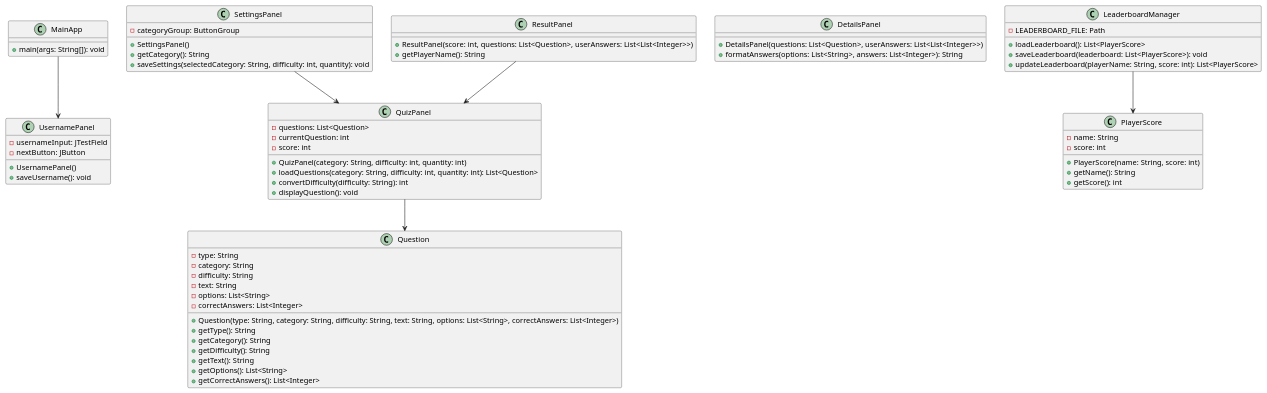
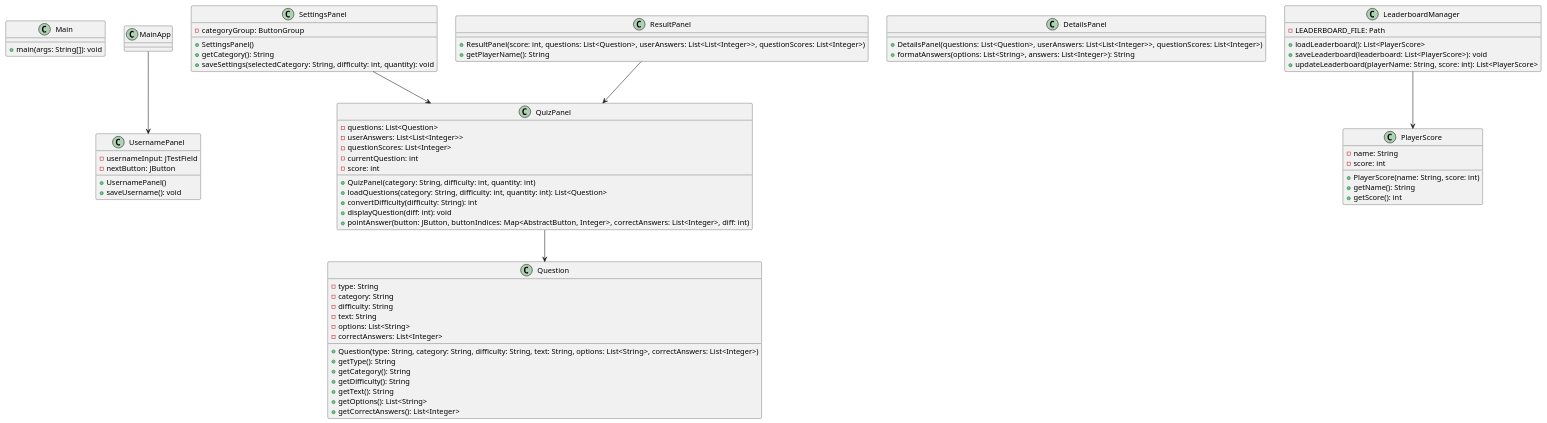
The diagram in 7_Allegati/Diagramma delle classi/Diagramma.wsd (leonardoSciara/Quiz_Game), drawn with PlantUML before and after one commit. The commit also changed 17 other files, not shown here.

```diff
--- a/7_Allegati/Diagramma delle classi/Diagramma.wsd
+++ b/7_Allegati/Diagramma delle classi/Diagramma.wsd
@@ -1,84 +1,87 @@
 @startuml
 
-class MainApp {
+class Main {
     + main(args: String[]): void
 }
 
 class UsernamePanel {
     - usernameInput: JTestField
     - nextButton: JButton
 
     + UsernamePanel()
     + saveUsername(): void
 }
 
 class SettingsPanel {
     - categoryGroup: ButtonGroup
 
     + SettingsPanel()
     + getCategory(): String
     + saveSettings(selectedCategory: String, difficulty: int, quantity): void
 }
 
 class ResultPanel {
-    + ResultPanel(score: int, questions: List<Question>, userAnswers: List<List<Integer>>)
+    + ResultPanel(score: int, questions: List<Question>, userAnswers: List<List<Integer>>, questionScores: List<Integer>)
     + getPlayerName(): String
 }
 
 class QuizPanel {
     - questions: List<Question>
+    - userAnswers: List<List<Integer>>
+    - questionScores: List<Integer>
     - currentQuestion: int
     - score: int
 
     + QuizPanel(category: String, difficulty: int, quantity: int)
     + loadQuestions(category: String, difficulty: int, quantity: int): List<Question>
     + convertDifficulty(difficulty: String): int
-    + displayQuestion(): void
+    + displayQuestion(diff: int): void
+    + pointAnswer(button: JButton, buttonIndices: Map<AbstractButton, Integer>, correctAnswers: List<Integer>, diff: int)
 }
 
 class DetailsPanel {
-    + DetailsPanel(questions: List<Question>, userAnswers: List<List<Integer>>)
+    + DetailsPanel(questions: List<Question>, userAnswers: List<List<Integer>>, questionScores: List<Integer>)
     + formatAnswers(options: List<String>, answers: List<Integer>): String
 }
 
 class LeaderboardManager{
     - LEADERBOARD_FILE: Path
 
     + loadLeaderboard(): List<PlayerScore>
     + saveLeaderboard(leaderboard: List<PlayerScore>): void
     + updateLeaderboard(playerName: String, score: int): List<PlayerScore>
 }
 
 class PlayerScore {
     - name: String
     - score: int
 
     + PlayerScore(name: String, score: int)
     + getName(): String
     + getScore(): int
 }
 
 class Question {
     - type: String
     - category: String
     - difficulty: String
     - text: String
     - options: List<String>
     - correctAnswers: List<Integer>
 
     + Question(type: String, category: String, difficulty: String, text: String, options: List<String>, correctAnswers: List<Integer>)
     + getType(): String       
     + getCategory(): String   
     + getDifficulty(): String 
     + getText(): String       
     + getOptions(): List<String> 
     + getCorrectAnswers(): List<Integer>
 }
 
 MainApp --> UsernamePanel
 QuizPanel --> Question
 SettingsPanel --> QuizPanel
 ResultPanel --> QuizPanel
 LeaderboardManager --> PlayerScore
 
 @enduml
```
